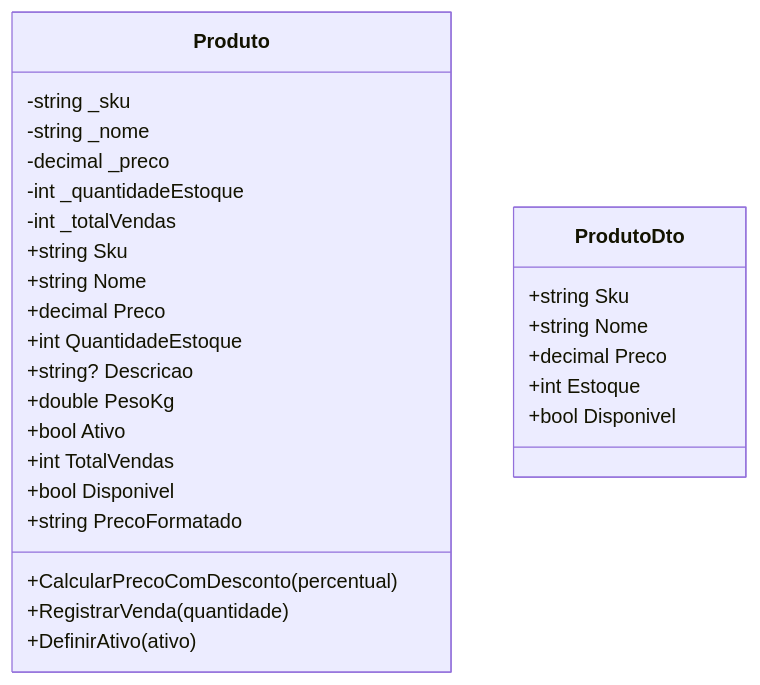
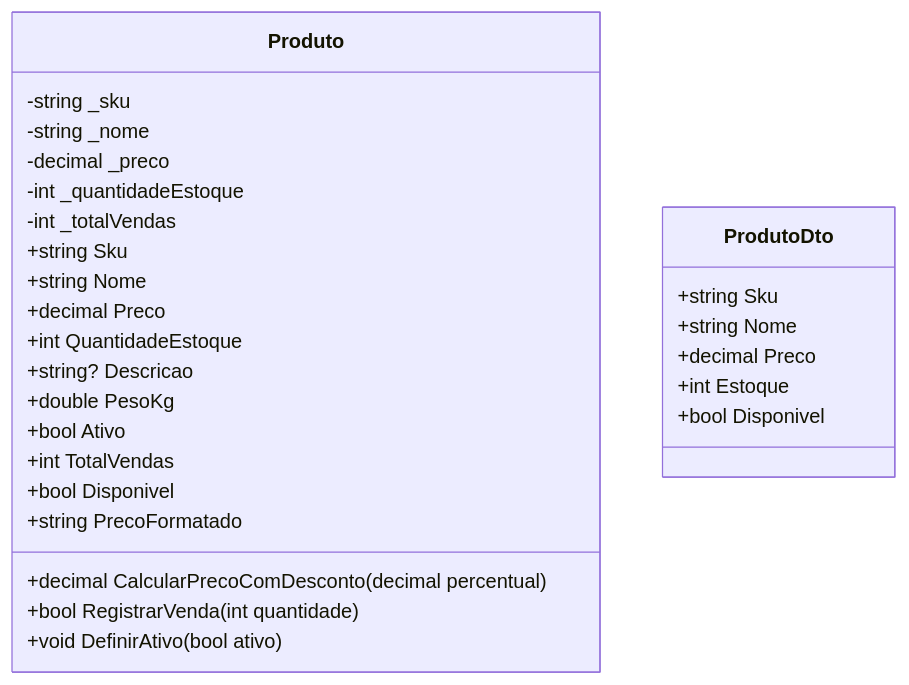
One commit to luiscarlosjunior/aulas-graduacao changed the first of 4 diagrams in 02-programacao/csharp/03-orientacao-objetos/GUIA-DIDATICO.md. Above: the diagram before and after it, drawn with Mermaid. The commit also changed other lines of this file and 1 other file, not shown here.

First line of the commit message:
docs: refinar diagramas e links do guia

````diff
--- a/02-programacao/csharp/03-orientacao-objetos/GUIA-DIDATICO.md
+++ b/02-programacao/csharp/03-orientacao-objetos/GUIA-DIDATICO.md
@@ -82,31 +82,31 @@
 ```mermaid
 classDiagram
     class Produto {
         -string _sku
         -string _nome
         -decimal _preco
         -int _quantidadeEstoque
         -int _totalVendas
         +string Sku
         +string Nome
         +decimal Preco
         +int QuantidadeEstoque
         +string? Descricao
         +double PesoKg
         +bool Ativo
         +int TotalVendas
         +bool Disponivel
         +string PrecoFormatado
-        +CalcularPrecoComDesconto(percentual)
-        +RegistrarVenda(quantidade)
-        +DefinirAtivo(ativo)
+        +decimal CalcularPrecoComDesconto(decimal percentual)
+        +bool RegistrarVenda(int quantidade)
+        +void DefinirAtivo(bool ativo)
     }
 
     class ProdutoDto {
         +string Sku
         +string Nome
         +decimal Preco
         +int Estoque
         +bool Disponivel
     }
 ```
````
